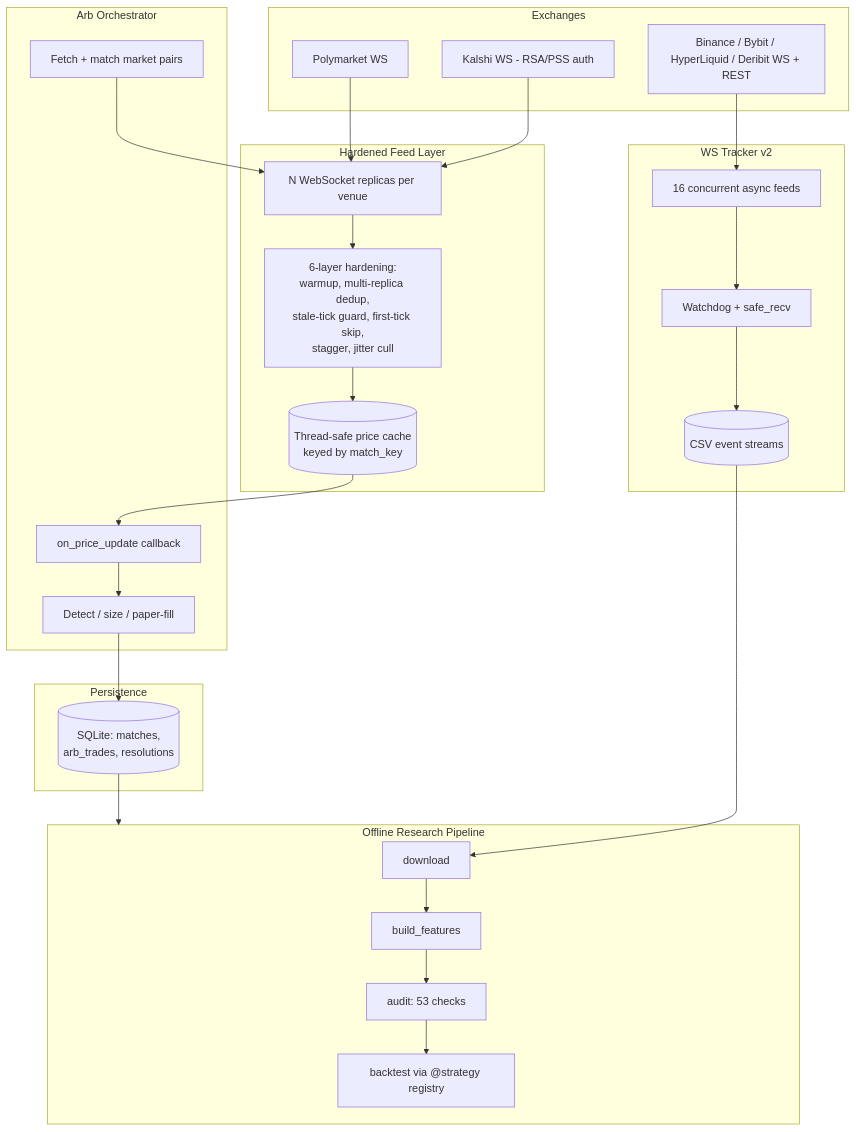
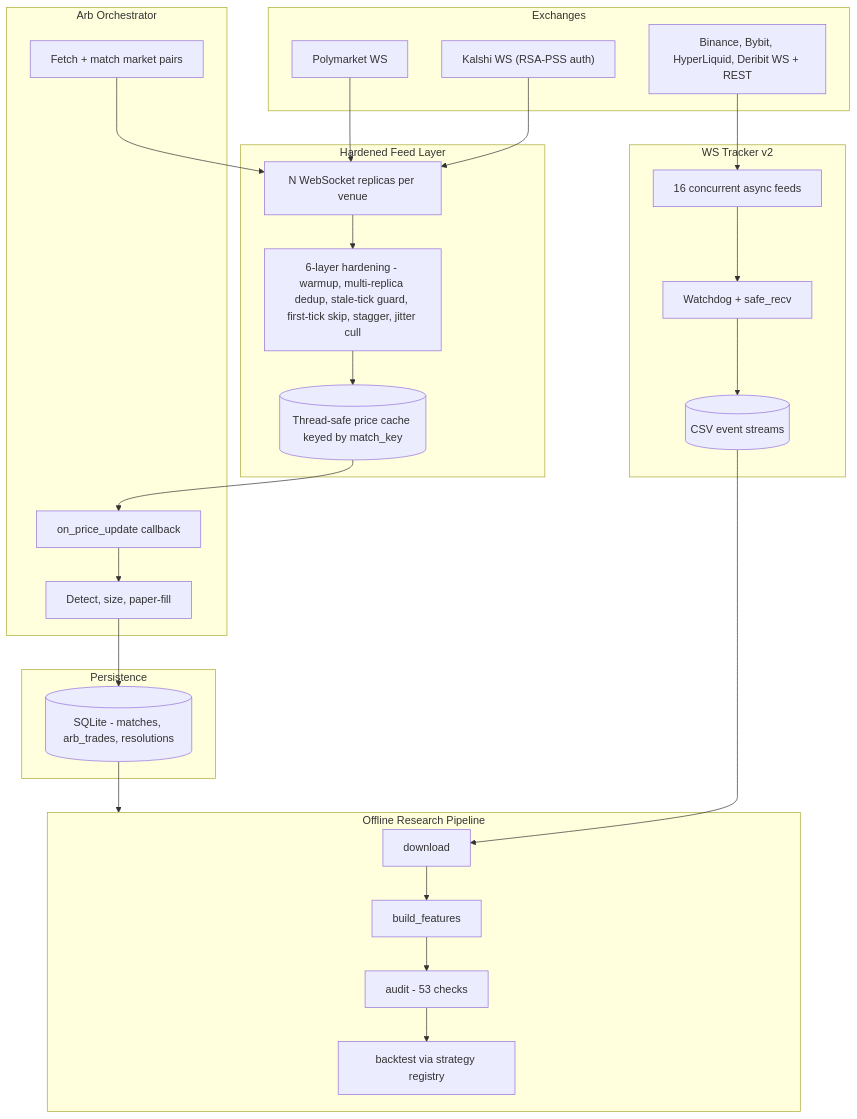
Before and after one commit to zl714/market-data-platform: the diagram in README.md, drawn with Mermaid.

Commit message:
docs: fix mermaid diagram so GitHub renders it (quote labels, drop HTML breaks)

````diff
--- a/README.md
+++ b/README.md
@@ -26,45 +26,45 @@
 ```mermaid
 flowchart TD
     subgraph Exchanges
-        P[Polymarket WS]
-        K[Kalshi WS - RSA/PSS auth]
-        B[Binance / Bybit / HyperLiquid / Deribit WS + REST]
+        P["Polymarket WS"]
+        K["Kalshi WS (RSA-PSS auth)"]
+        B["Binance, Bybit, HyperLiquid, Deribit WS + REST"]
     end
 
-    subgraph FeedLayer[Hardened Feed Layer]
-        R[N WebSocket replicas per venue]
-        H[6-layer hardening:<br/>warmup, multi-replica dedup,<br/>stale-tick guard, first-tick skip,<br/>stagger, jitter cull]
-        C[(Thread-safe price cache<br/>keyed by match_key)]
+    subgraph FeedLayer["Hardened Feed Layer"]
+        R["N WebSocket replicas per venue"]
+        H["6-layer hardening - warmup, multi-replica dedup, stale-tick guard, first-tick skip, stagger, jitter cull"]
+        C[("Thread-safe price cache keyed by match_key")]
         R --> H --> C
     end
 
-    subgraph Orchestrator[Arb Orchestrator]
-        M[Fetch + match market pairs]
-        U[on_price_update callback]
-        D[Detect / size / paper-fill]
+    subgraph Orchestrator["Arb Orchestrator"]
+        M["Fetch + match market pairs"]
+        U["on_price_update callback"]
+        D["Detect, size, paper-fill"]
     end
 
-    subgraph Collector[WS Tracker v2]
-        F16[16 concurrent async feeds]
-        WD[Watchdog + safe_recv]
-        CSV[(CSV event streams)]
+    subgraph Collector["WS Tracker v2"]
+        F16["16 concurrent async feeds"]
+        WD["Watchdog + safe_recv"]
+        CSV[("CSV event streams")]
     end
 
     subgraph Persistence
-        SQL[(SQLite: matches,<br/>arb_trades, resolutions)]
+        SQL[("SQLite - matches, arb_trades, resolutions")]
     end
 
-    subgraph Research[Offline Research Pipeline]
-        DL[download] --> BF[build_features] --> AU[audit: 53 checks] --> BT[backtest via @strategy registry]
+    subgraph Research["Offline Research Pipeline"]
+        DL["download"] --> BF["build_features"] --> AU["audit - 53 checks"] --> BT["backtest via strategy registry"]
     end
 
     P --> R
     K --> R
     B --> F16
     C --> U
     M --> R
     U --> D --> SQL
     F16 --> WD --> CSV
     CSV --> DL
     SQL --> Research
 ```
````
